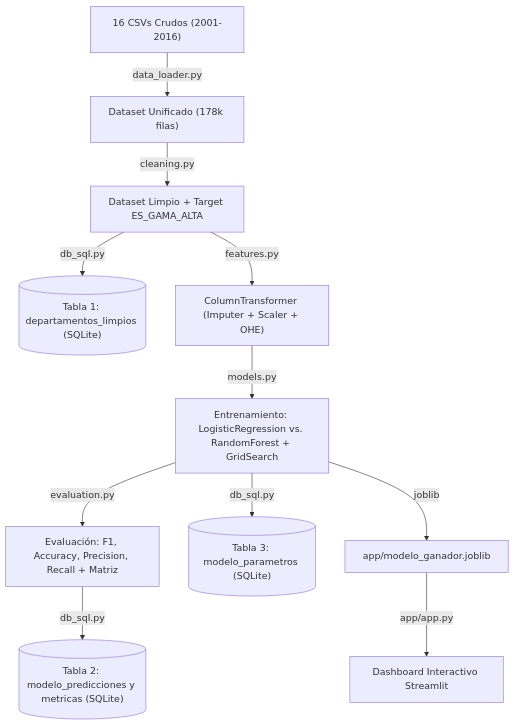
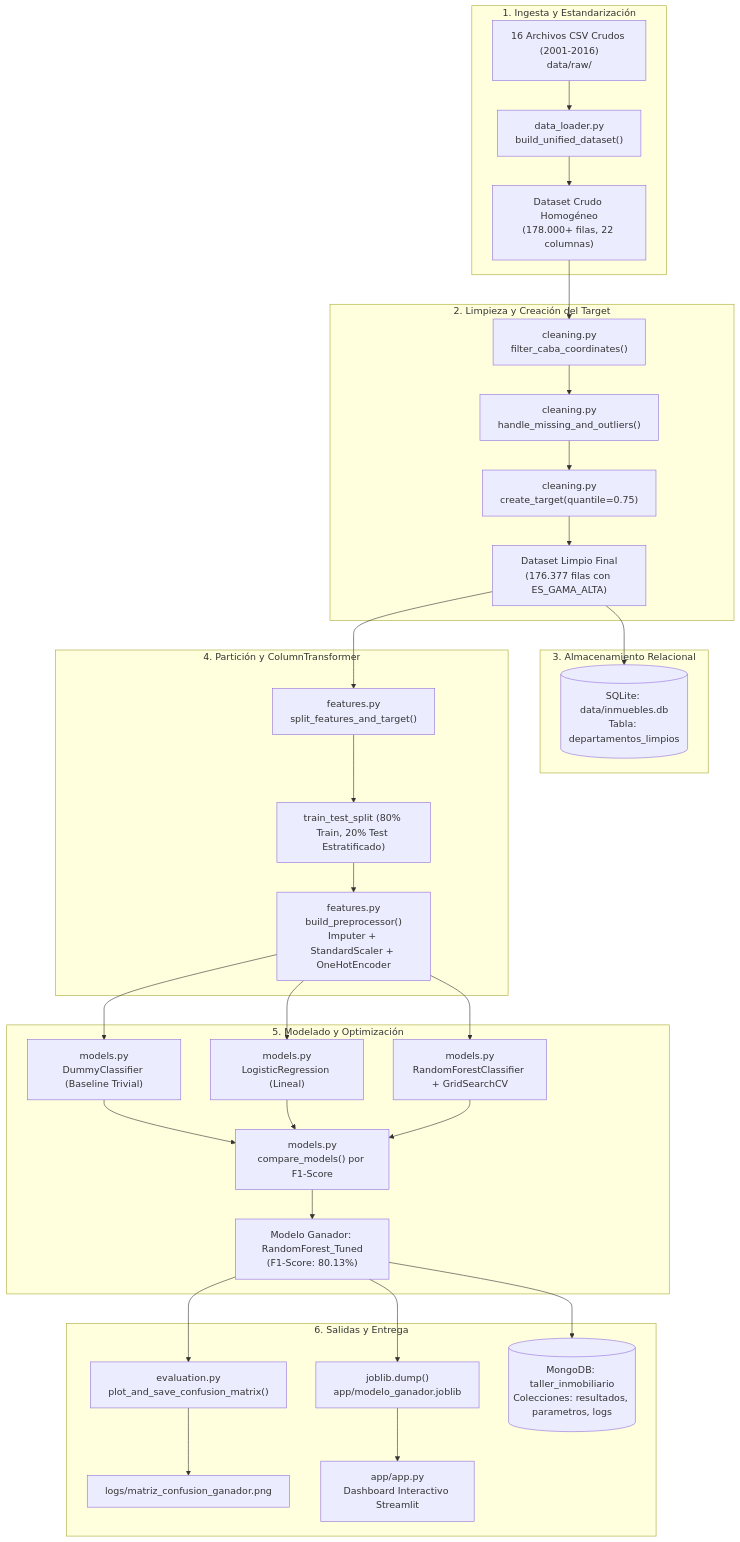
Before and after one commit to pradiant/prog_v1_antigravity: the first of 4 diagrams in DOCUMENTACION.md, drawn with Mermaid. The commit also changed other lines of this file and 18 other files, not shown here.

````diff
--- a/DOCUMENTACION.md
+++ b/DOCUMENTACION.md
@@ -89,13 +66,40 @@
 ```mermaid
 flowchart TD
-    A["16 CSVs Crudos (2001-2016)"] -->|"data_loader.py"| B["Dataset Unificado (178k filas)"]
-    B -->|"cleaning.py"| C["Dataset Limpio + Target ES_GAMA_ALTA"]
-    C -->|"db_sql.py"| D[("Tabla 1: departamentos_limpios (SQLite)")]
-    C -->|"features.py"| E["ColumnTransformer (Imputer + Scaler + OHE)"]
-    E -->|"models.py"| F["Entrenamiento: LogisticRegression vs. RandomForest + GridSearch"]
-    F -->|"evaluation.py"| G["Evaluación: F1, Accuracy, Precision, Recall + Matriz"]
-    G -->|"db_sql.py"| H[("Tabla 2: modelo_predicciones y metricas (SQLite)")]
-    F -->|"db_sql.py"| I[("Tabla 3: modelo_parametros (SQLite)")]
-    F -->|"joblib"| J["app/modelo_ganador.joblib"]
-    J -->|"app/app.py"| K["Dashboard Interactivo Streamlit"]
+    subgraph Ingesta ["1. Ingesta y Estandarización"]
+        A["16 Archivos CSV Crudos (2001-2016)<br/>data/raw/"] --> B["data_loader.py<br/>build_unified_dataset()"]
+        B --> C["Dataset Crudo Homogéneo<br/>(178.000+ filas, 22 columnas)"]
+    end
+
+    subgraph Depuración ["2. Limpieza y Creación del Target"]
+        C --> D["cleaning.py<br/>filter_caba_coordinates()"]
+        D --> E["cleaning.py<br/>handle_missing_and_outliers()"]
+        E --> F["cleaning.py<br/>create_target(quantile=0.75)"]
+        F --> G["Dataset Limpio Final<br/>(176.377 filas con ES_GAMA_ALTA)"]
+    end
+
+    subgraph Persistencia_SQL ["3. Almacenamiento Relacional"]
+        G --> H[("SQLite: data/inmuebles.db<br/>Tabla: departamentos_limpios")]
+    end
+
+    subgraph Preprocesamiento ["4. Partición y ColumnTransformer"]
+        G --> I["features.py<br/>split_features_and_target()"]
+        I --> J["train_test_split (80% Train, 20% Test Estratificado)"]
+        J --> K["features.py<br/>build_preprocessor()<br/>Imputer + StandardScaler + OneHotEncoder"]
+    end
+
+    subgraph Modelado ["5. Modelado y Optimización"]
+        K --> L["models.py<br/>DummyClassifier (Baseline Trivial)"]
+        K --> M["models.py<br/>LogisticRegression (Lineal)"]
+        K --> N["models.py<br/>RandomForestClassifier + GridSearchCV"]
+        L & M & N --> O["models.py<br/>compare_models() por F1-Score"]
+        O --> P["Modelo Ganador: RandomForest_Tuned<br/>(F1-Score: 80.13%)"]
+    end
+
+    subgraph Inferencia_Persistencia ["6. Salidas y Entrega"]
+        P --> Q["joblib.dump()<br/>app/modelo_ganador.joblib"]
+        P --> R["evaluation.py<br/>plot_and_save_confusion_matrix()"]
+        R --> S["logs/matriz_confusion_ganador.png"]
+        P --> T[("MongoDB: taller_inmobiliario<br/>Colecciones: resultados, parametros, logs")]
+        Q --> U["app/app.py<br/>Dashboard Interactivo Streamlit"]
+    end
 ```
````
